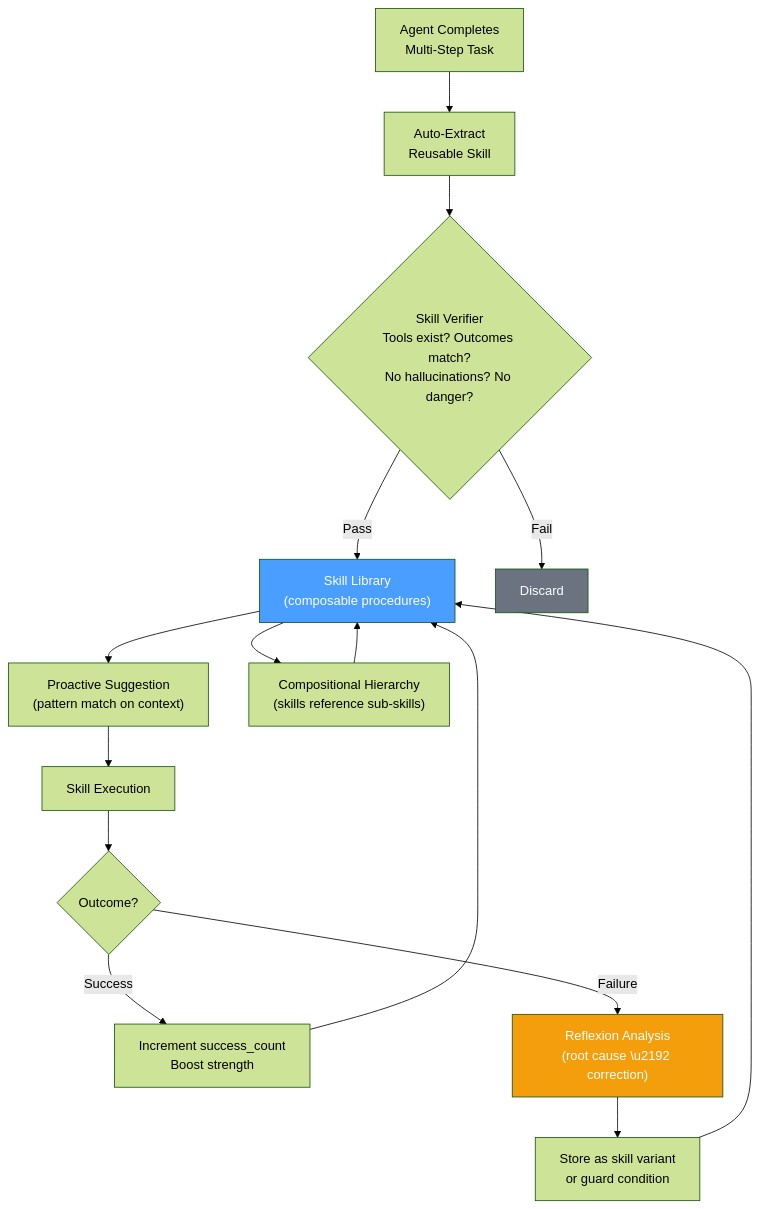
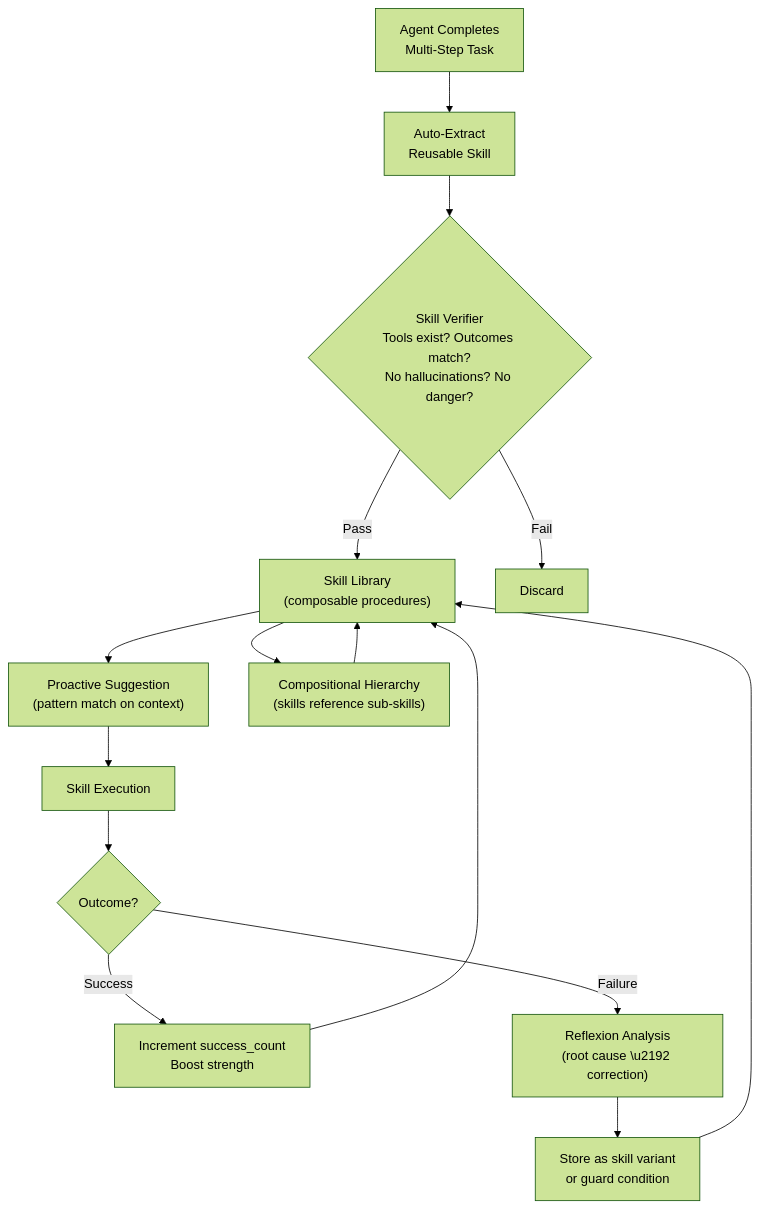
One commit to elisplash/paw changed diagram 11 of 18 in ENGRAM.md. Above: the diagram before and after it, drawn with Mermaid (forest theme). The commit also changed other lines of this file, not shown here.

Commit message:
docs: add mermaid diagrams throughout ENGRAM.md for visual improvement

````diff
--- a/ENGRAM.md
+++ b/ENGRAM.md
@@ -895,23 +875,20 @@
 ```mermaid
 flowchart TD
     TASK["Agent Completes\nMulti-Step Task"] --> EXTRACT["Auto-Extract\nReusable Skill"]
     EXTRACT --> VERIFY{"Skill Verifier\nTools exist? Outcomes match?\nNo hallucinations? No danger?"}
     VERIFY -- Pass --> LIB["Skill Library\n(composable procedures)"]
     VERIFY -- Fail --> DISCARD["Discard"]
 
     LIB --> SUGGEST["Proactive Suggestion\n(pattern match on context)"]
     SUGGEST --> EXEC["Skill Execution"]
     EXEC --> SUCCESS{"Outcome?"}
     SUCCESS -- Success --> BOOST["Increment success_count\nBoost strength"]
     SUCCESS -- Failure --> REFLECT["Reflexion Analysis\n(root cause \u2192 correction)"]
     REFLECT --> VARIANT["Store as skill variant\nor guard condition"]
 
     VARIANT --> LIB
     BOOST --> LIB
     LIB --> COMPOSE["Compositional Hierarchy\n(skills reference sub-skills)"]
     COMPOSE --> LIB
 
-    style LIB fill:#4a9eff,color:#fff
-    style DISCARD fill:#6b7280,color:#fff
-    style REFLECT fill:#f59e0b,color:#fff
 ```
````
